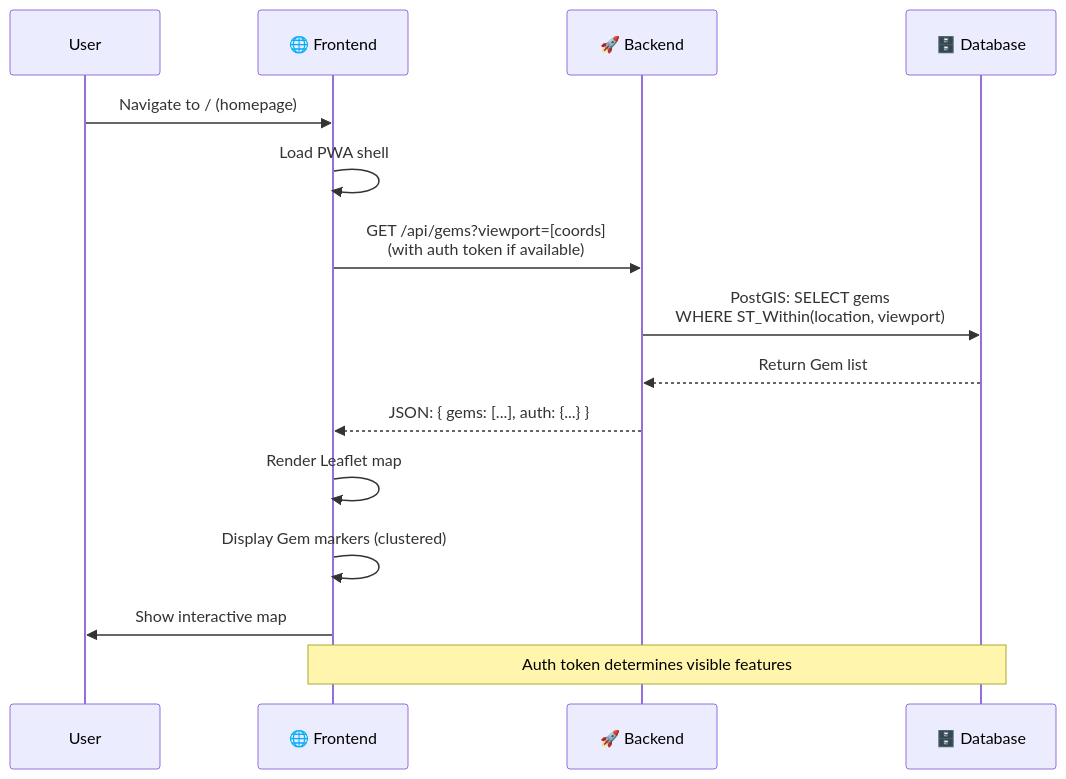
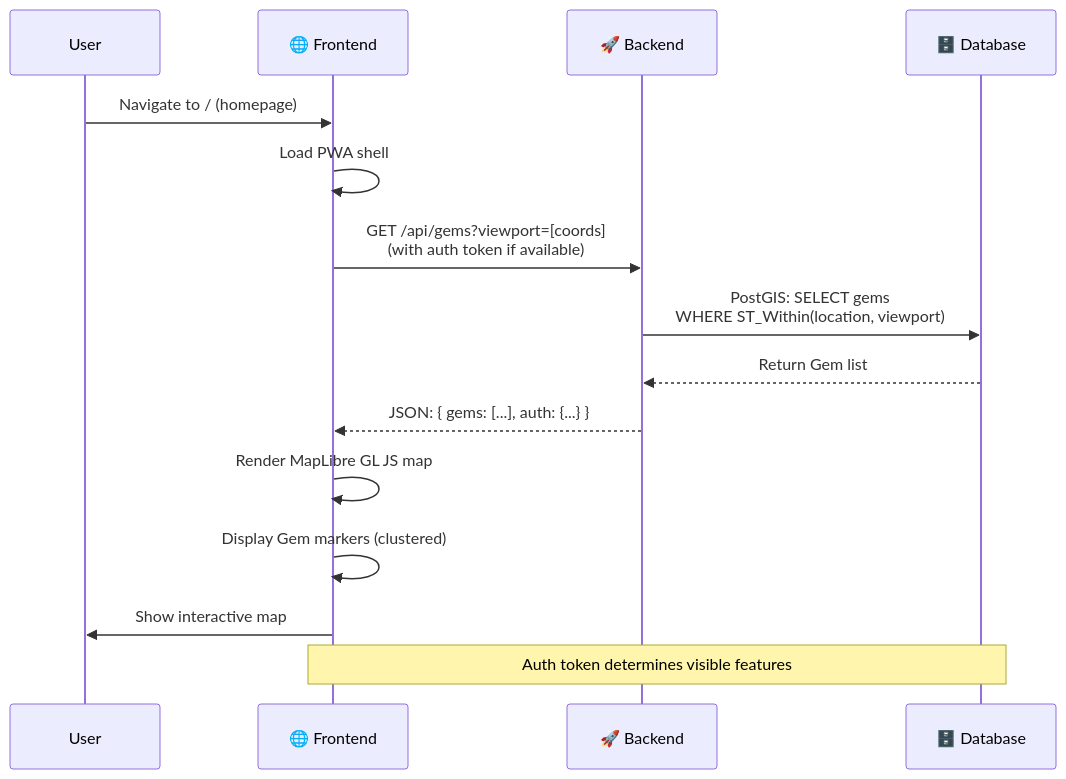
One commit to jlescarlan11/krawl changed the second of 11 diagrams in docs/system-design.md. Above: the diagram before and after it, drawn with Mermaid. The commit also changed other lines of this file, not shown here.

Commit message:
docs(system-design): replace Leaflet with MapLibre, OSM with MapTiler; bump to 1.1.1

````diff
--- a/docs/system-design.md
+++ b/docs/system-design.md
@@ -121,19 +121,19 @@
 ```mermaid
 sequenceDiagram
     participant User
     participant FE as 🌐 Frontend
     participant BE as 🚀 Backend
     participant DB as 🗄️ Database
     
     User->>FE: Navigate to / (homepage)
     FE->>FE: Load PWA shell
     FE->>BE: GET /api/gems?viewport=[coords]<br/>(with auth token if available)
     BE->>DB: PostGIS: SELECT gems<br/>WHERE ST_Within(location, viewport)
     DB-->>BE: Return Gem list
     BE-->>FE: JSON: { gems: [...], auth: {...} }
-    FE->>FE: Render Leaflet map
+    FE->>FE: Render MapLibre GL JS map
     FE->>FE: Display Gem markers (clustered)
     FE->>User: Show interactive map
     
     Note over FE,DB: Auth token determines visible features
 ```
````
